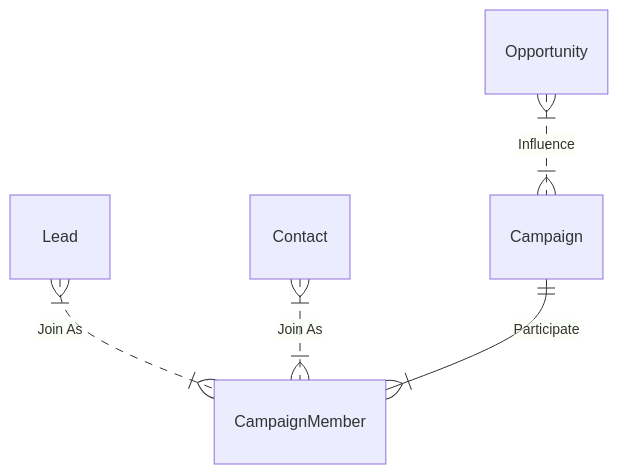
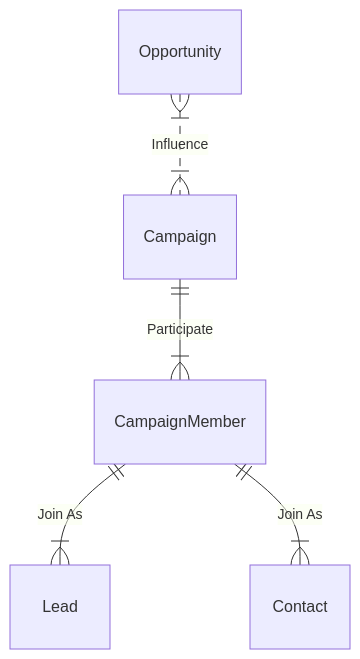
One commit to zhangjiacheng/zhangjiacheng.github.io changed the diagram in _posts/2023-09-11-CampaignMemberStatusTrucking.md. Above: the diagram before and after it, drawn with Mermaid.

Commit message:
modify the salesforce campaign er diagram

````diff
--- a/_posts/2023-09-11-CampaignMemberStatusTrucking.md
+++ b/_posts/2023-09-11-CampaignMemberStatusTrucking.md
@@ -11,7 +11,7 @@
 ```mermaid
 erDiagram 
-    Lead }|..|{ CampaignMember : "Join As"
-    Contact }|..|{ CampaignMember : "Join As"
+    CampaignMember ||--|{ Lead : "Join As"
+    CampaignMember ||--|{ Contact : "Join As"
     Campaign ||--|{ CampaignMember : Participate 
     Opportunity }|..|{ Campaign : Influence
 ```
````
